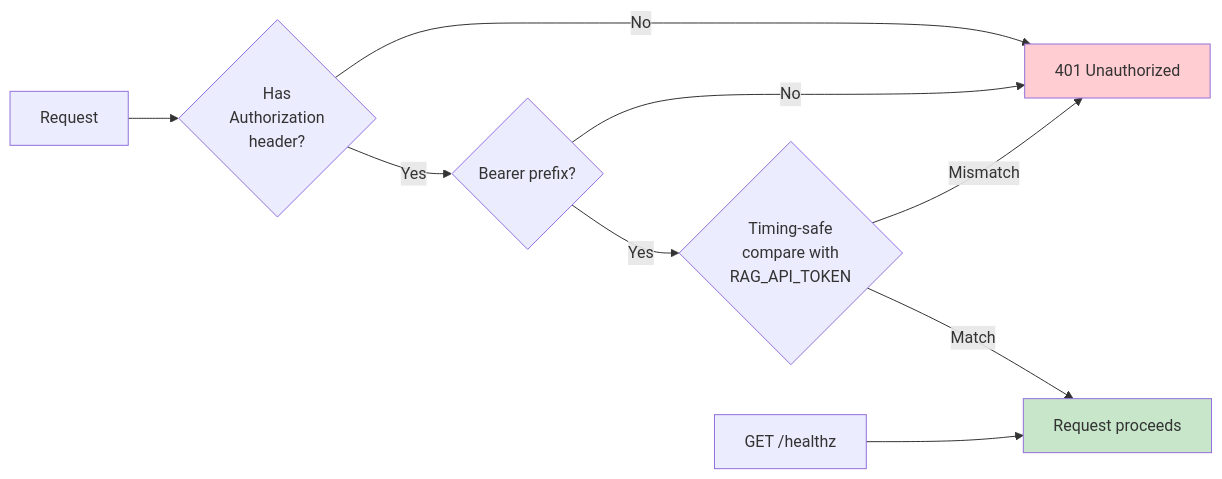
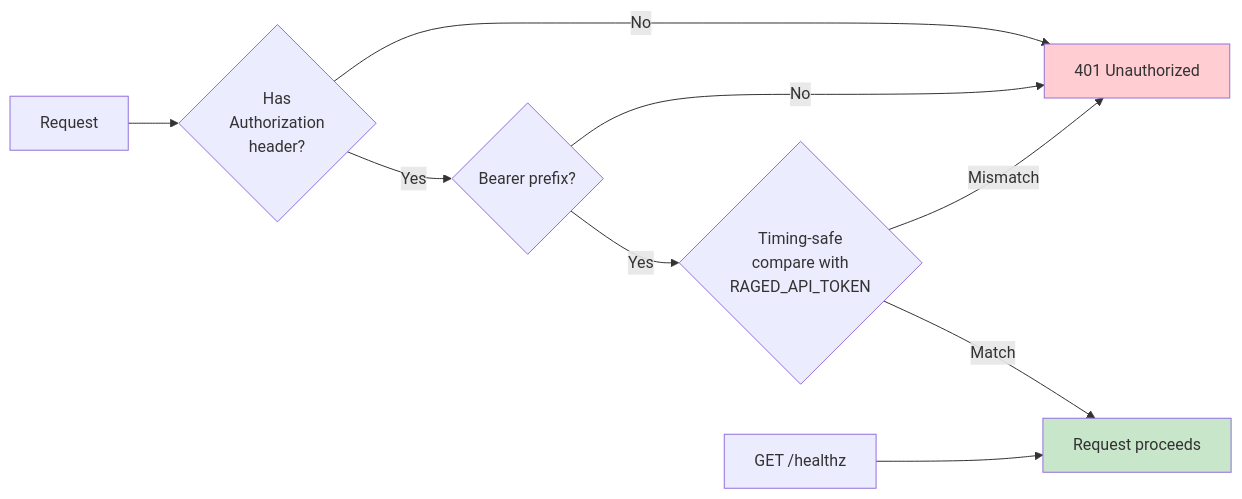
One commit to mfittko/raged changed the seventh of 7 diagrams in docs/01-architecture.md. Above: the diagram before and after it, drawn with Mermaid. The commit also changed other lines of this file and 17 other files, not shown here.

````diff
--- a/docs/01-architecture.md
+++ b/docs/01-architecture.md
@@ -270,15 +270,15 @@
 ```mermaid
 flowchart LR
     R[Request] --> H{Has<br/>Authorization<br/>header?}
     H -->|No| R401[401 Unauthorized]
     H -->|Yes| P{Bearer prefix?}
     P -->|No| R401
-    P -->|Yes| T{Timing-safe<br/>compare with<br/>RAG_API_TOKEN}
+    P -->|Yes| T{Timing-safe<br/>compare with<br/>RAGED_API_TOKEN}
     T -->|Mismatch| R401
     T -->|Match| OK[Request proceeds]
 
     HZ[GET /healthz] --> OK
 
     style R401 fill:#ffcdd2
     style OK fill:#c8e6c9
 ```
````
